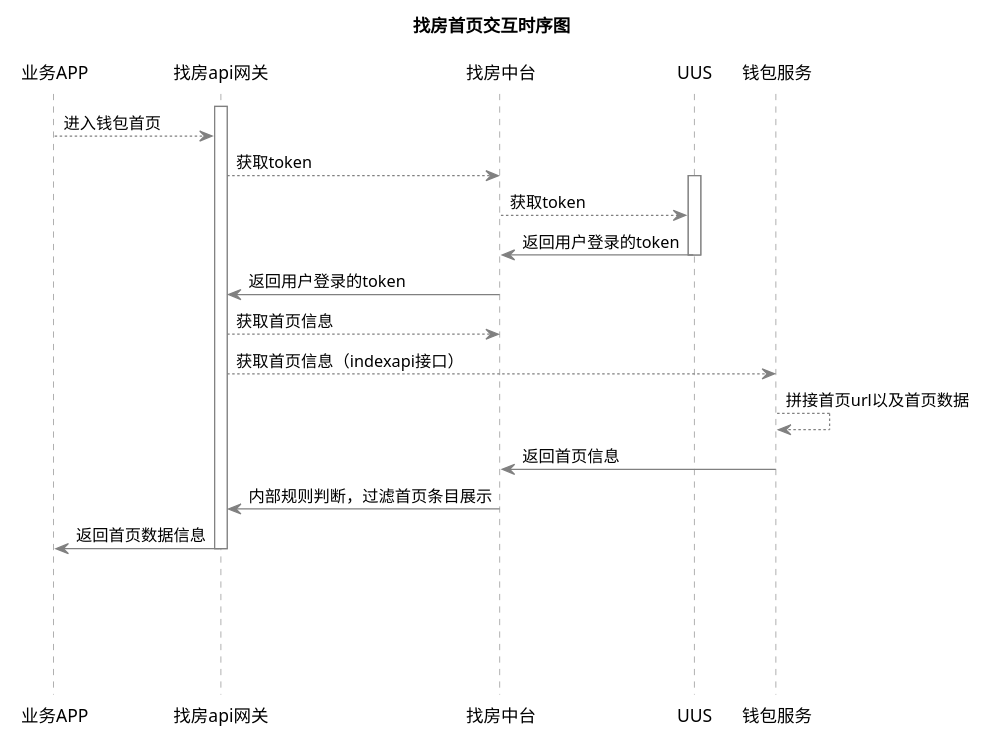
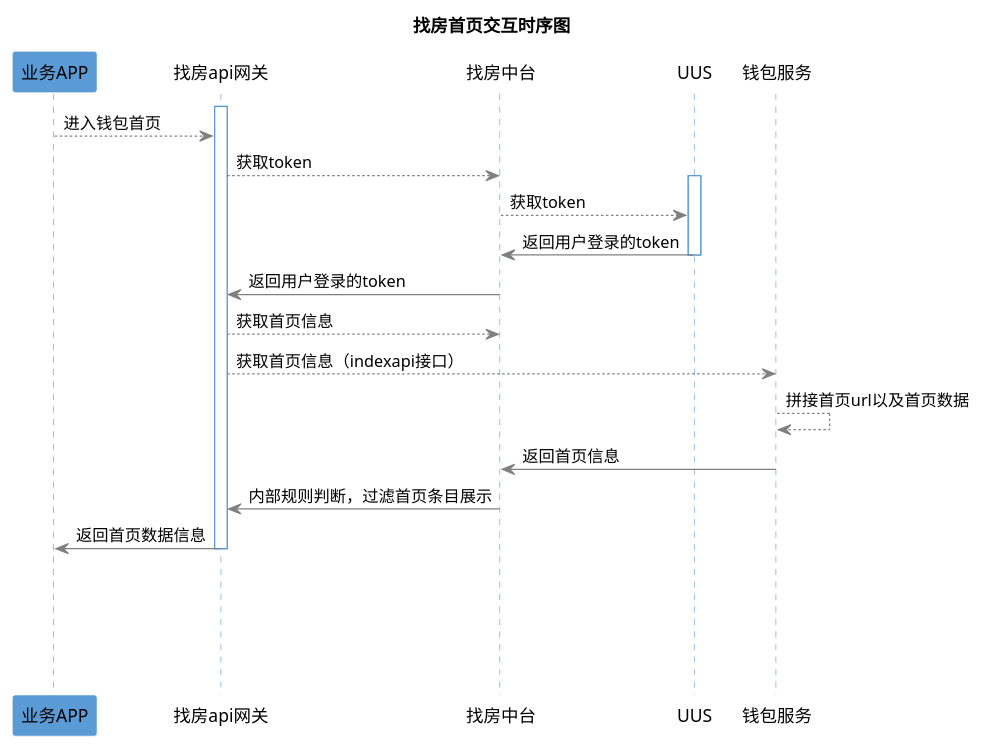
Before and after one commit to LUCKYZHOUSTAR/JAVA-repository: the diagram in flow-chart/api/b-wallet/ke_ewallet.puml, drawn with PlantUML.

Commit message:
水电费

```diff
--- a/flow-chart/api/b-wallet/ke_ewallet.puml
+++ b/flow-chart/api/b-wallet/ke_ewallet.puml
@@ -1,75 +1,73 @@
 @startuml
 skinparam backgroundColor #FFFFFF
 skinparam sequence {
 	ArrowColor gray
-	ParticipantBorderColor #FFFFFF
-	ParticipantBackgroundColor #FFFFFF
-	ActorBackgroundColor #FFFFFF
-	ActorFontColor #FFFFFF
-	LifeLineBorderColor gray
-    LifeLineBackgroundColor gray
+	ParticipantBorderColor #5b9bd5
+	ParticipantBackgroundColor #5b9bd5
+	ActorBackgroundColor #5b9bd5
+	ActorFontColor #5b9bd5
+	LifeLineBorderColor 5b9bd5
+    LifeLineBackgroundColor 5b9bd5
 
     ParticipantBorderColor FFFFFF
-'    LifeLineBorderColor blue
-'    LifeLineBackgroundColor #A9DCDF
 
 
 
 'ArrowColor DeepSkyBlue
 '	ActorBorderColor DeepSkyBlue
 '	LifeLineBorderColor blue
 '	LifeLineBackgroundColor #A9DCDF
 '
 '	ParticipantBorderColor DeepSkyBlue
 '	ParticipantBackgroundColor DodgerBlue
 '	ParticipantFontName Impact
 '	ParticipantFontSize 17
 '	ParticipantFontColor #A9DCDF
 '
 '	ActorBackgroundColor aqua
 '	ActorFontColor DeepSkyBlue
 '	ActorFontSize 17
 '	ActorFontName Aapex
 }
 
 title 找房首页交互时序图
-participant 业务APP #FFFFFF
+participant 业务APP #5b9bd5
 participant 找房api网关 #FFFFFF
 participant 找房中台 #FFFFFF
 participant UUS #FFFFFF
 participant 钱包服务 #FFFFFF
 
 
 
 activate 找房api网关 #FFFFFF
 业务APP-->找房api网关: 进入钱包首页
 
 
 找房api网关-->找房中台: 获取token
 activate UUS #FFFFFF
 
 找房中台-->UUS: 获取token
 
 
 UUS->找房中台: 返回用户登录的token
 deactivate "UUS"
 
 找房中台->找房api网关: 返回用户登录的token
 
 找房api网关-->找房中台: 获取首页信息
 找房api网关-->钱包服务: 获取首页信息（indexapi接口）
 钱包服务-->钱包服务: 拼接首页url以及首页数据
 钱包服务->找房中台: 返回首页信息
 
 找房中台->找房api网关: 内部规则判断，过滤首页条目展示
 
 找房api网关->业务APP: 返回首页数据信息
 
 
 deactivate "找房api网关"
 
 
 ||100||
 
 
 @enduml
```
